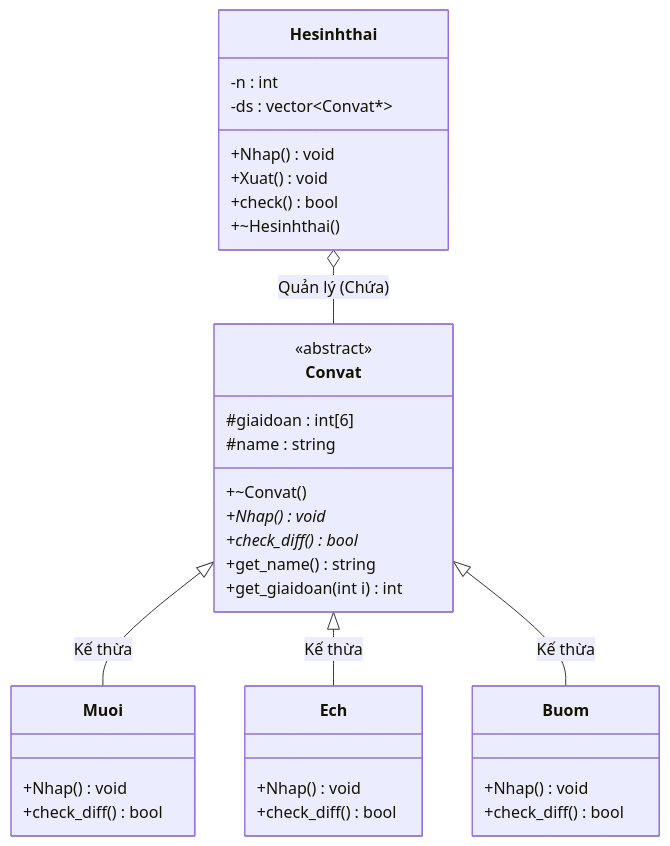
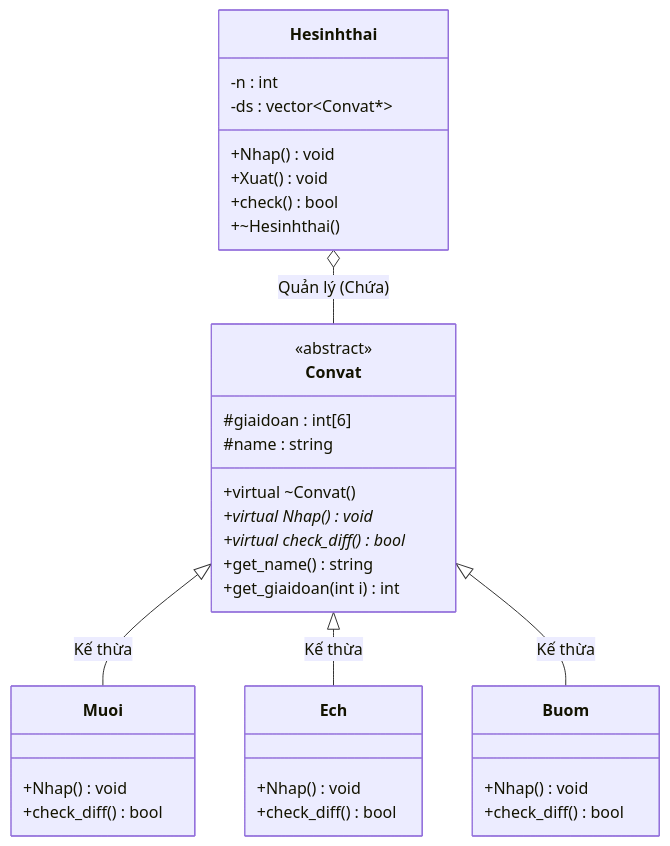
The diagram in On_tap/De_thi/2022-2023-hk2/sodo.md (1403-Minhlele/O-pe-pe), drawn with Mermaid before and after one commit. The commit also changed 2 other files, not shown here.

Commit message:
Them de 2022-2023-hk1

````diff
--- a/On_tap/De_thi/2022-2023-hk2/sodo.md
+++ b/On_tap/De_thi/2022-2023-hk2/sodo.md
@@ -1,45 +1,45 @@
 ```mermaid
 classDiagram
     class Convat {
         <<abstract>>
         #giaidoan : int[6]
         #name : string
-        +~Convat()
-        +Nhap() void*
-        +check_diff() bool*
+        +virtual ~Convat()
+        +virtual Nhap() void*
+        +virtual check_diff() bool*
         +get_name() string
         +get_giaidoan(int i) int
     }
 
     class Muoi {
         +Nhap() void
         +check_diff() bool
     }
 
     class Ech {
         +Nhap() void
         +check_diff() bool
     }
 
     class Buom {
         +Nhap() void
         +check_diff() bool
     }
 
     class Hesinhthai {
         -n : int
         -ds : vector~Convat*~
         +Nhap() void
         +Xuat() void
         +check() bool
         +~Hesinhthai()
     }
 
     %% Mối quan hệ kế thừa (Inheritance)
     Convat <|-- Muoi : Kế thừa
     Convat <|-- Ech : Kế thừa
     Convat <|-- Buom : Kế thừa
 
     %% Mối quan hệ tập hợp (Aggregation)
     Hesinhthai o-- Convat : Quản lý (Chứa)
 ```
````
